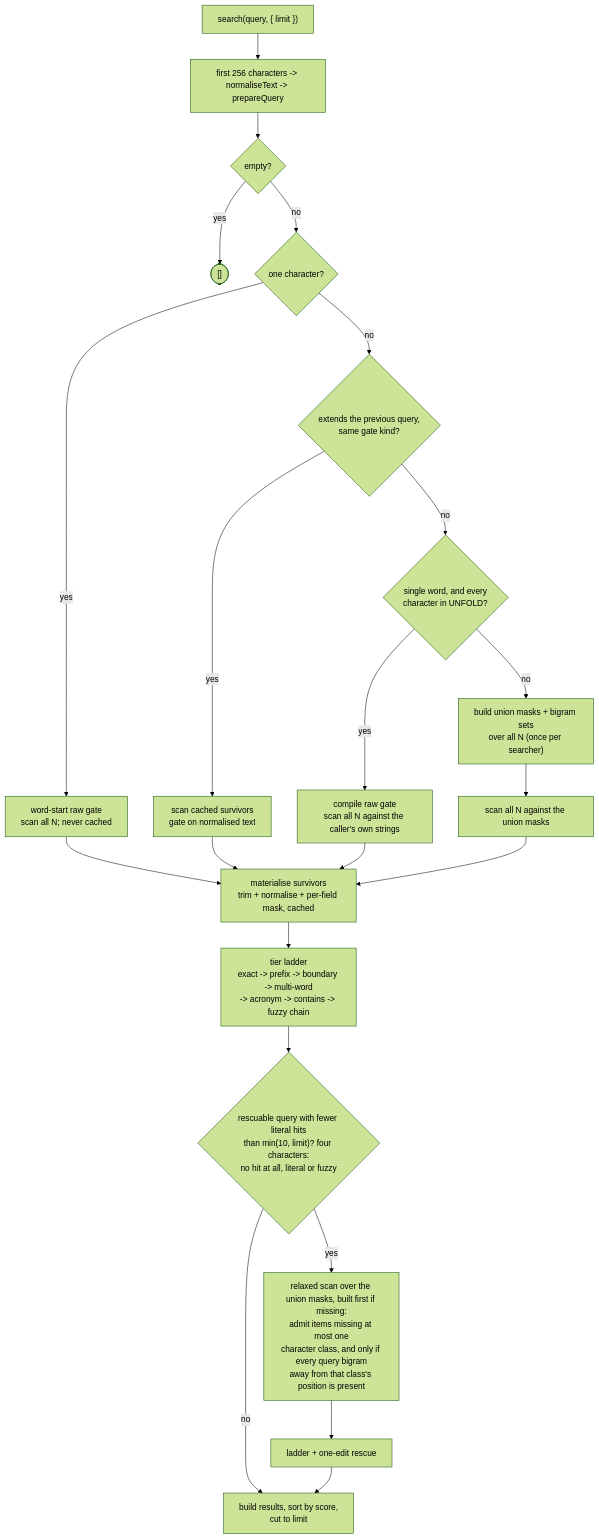
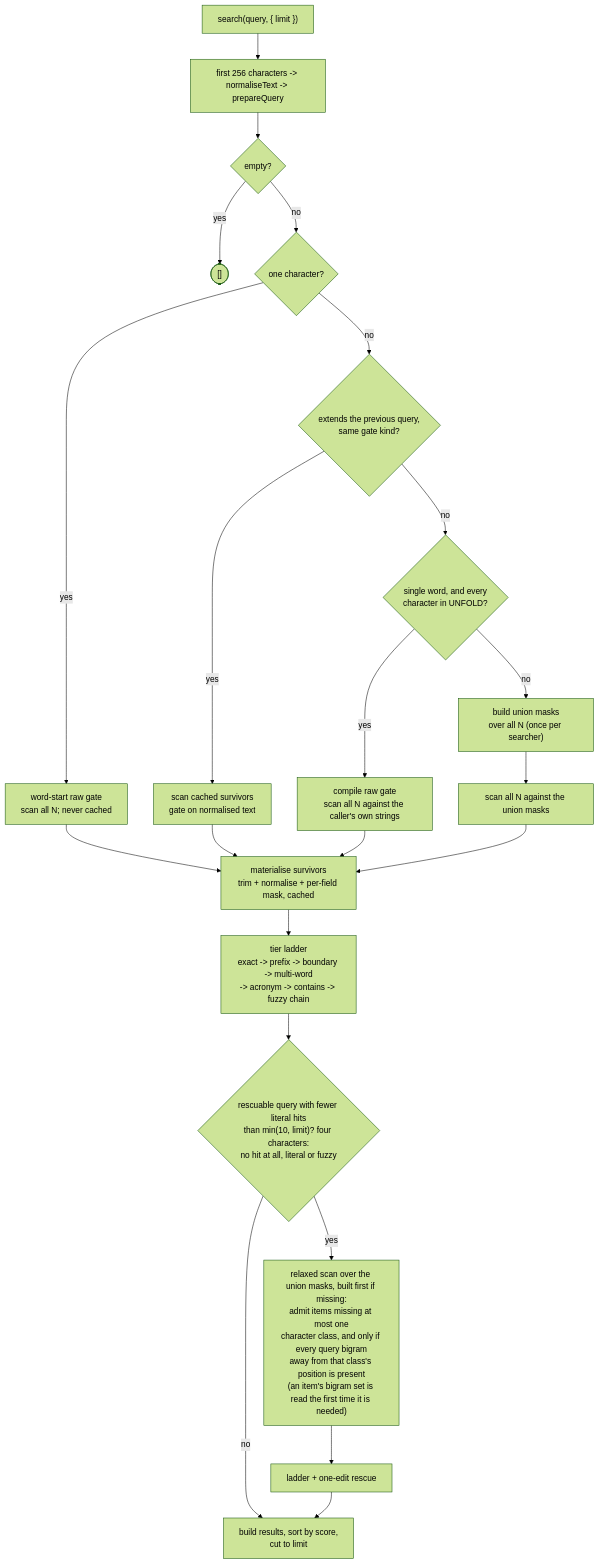
Before and after one commit to MMMikeM/ekrina: the second of 2 diagrams in docs/pipeline.md, drawn with Mermaid (forest theme). The commit also changed other lines of this file and 1 other file, not shown here.

````diff
--- a/docs/pipeline.md
+++ b/docs/pipeline.md
@@ -27,26 +27,26 @@
 ```mermaid
 flowchart TD
     Q["search(query, { limit })"] --> P["first 256 characters -> normaliseText -> prepareQuery"]
     P --> E{"empty?"}
     E -->|yes| Z(["[]"])
     E -->|no| ONE{"one character?"}
     ONE -->|yes| WS["word-start raw gate<br/>scan all N; never cached"]
     WS --> MAT
     ONE -->|no| N{"extends the previous query,<br/>same gate kind?"}
 
     N -->|yes| NAR["scan cached survivors<br/>gate on normalised text"]
     N -->|no| RG{"single word, and every<br/>character in UNFOLD?"}
     RG -->|yes| RAW["compile raw gate<br/>scan all N against the caller's own strings"]
-    RG -->|no| MASK["build union masks + bigram sets<br/>over all N (once per searcher)"]
+    RG -->|no| MASK["build union masks<br/>over all N (once per searcher)"]
     MASK --> MSCAN["scan all N against the union masks"]
 
     NAR --> MAT
     RAW --> MAT["materialise survivors<br/>trim + normalise + per-field mask, cached"]
     MSCAN --> MAT
     MAT --> LAD["tier ladder<br/>exact -> prefix -> boundary -> multi-word<br/>-> acronym -> contains -> fuzzy chain"]
     LAD --> LIT{"rescuable query with fewer literal hits<br/>than min(10, limit)? four characters:<br/>no hit at all, literal or fuzzy"}
     LIT -->|no| OUT["build results, sort by score,<br/>cut to limit"]
-    LIT -->|yes| REL["relaxed scan over the union masks, built first if missing:<br/>admit items missing at most one<br/>character class, and only if every query bigram<br/>away from that class's position is present"]
+    LIT -->|yes| REL["relaxed scan over the union masks, built first if missing:<br/>admit items missing at most one<br/>character class, and only if every query bigram<br/>away from that class's position is present<br/>(an item's bigram set is read the first time it is needed)"]
     REL --> RES["ladder + one-edit rescue"]
     RES --> OUT
 ```
````
